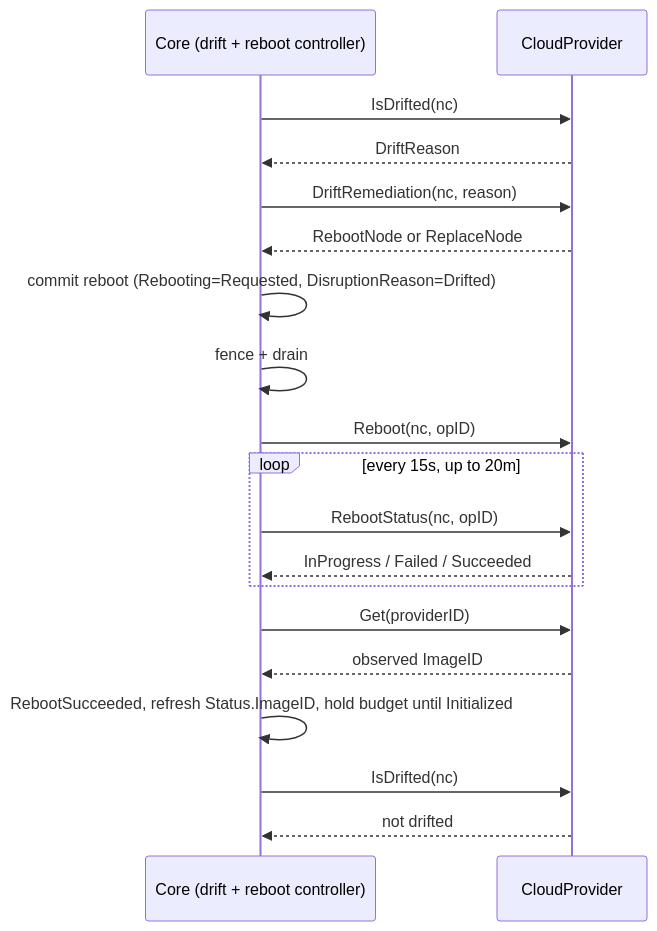
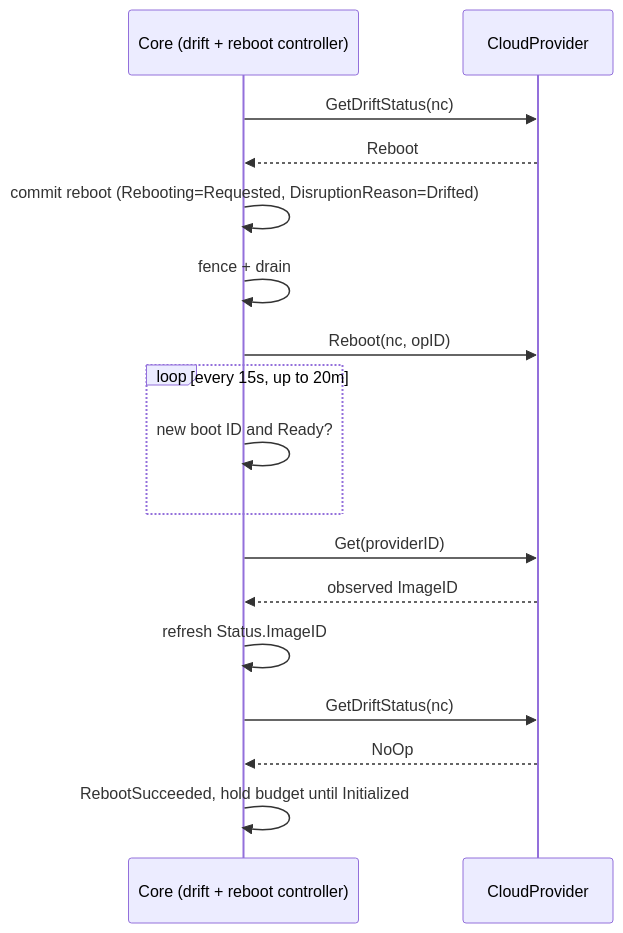
Before and after one commit to kubernetes-sigs/karpenter: the diagram in designs/in-place-drift-remediation.md, drawn with Mermaid. The commit also changed other lines of this file, not shown here.

````diff
--- a/designs/in-place-drift-remediation.md
+++ b/designs/in-place-drift-remediation.md
@@ -55,21 +58,19 @@
 ```mermaid
 sequenceDiagram
     participant Core as Core (drift + reboot controller)
     participant CP as CloudProvider
-    Core->>CP: IsDrifted(nc)
-    CP-->>Core: DriftReason
-    Core->>CP: DriftRemediation(nc, reason)
-    CP-->>Core: RebootNode or ReplaceNode
+    Core->>CP: GetDriftStatus(nc)
+    CP-->>Core: Reboot
     Core->>Core: commit reboot (Rebooting=Requested, DisruptionReason=Drifted)
     Core->>Core: fence + drain
     Core->>CP: Reboot(nc, opID)
     loop every 15s, up to 20m
-        Core->>CP: RebootStatus(nc, opID)
-        CP-->>Core: InProgress / Failed / Succeeded
+        Core->>Core: new boot ID and Ready?
     end
     Core->>CP: Get(providerID)
     CP-->>Core: observed ImageID
-    Core->>Core: RebootSucceeded, refresh Status.ImageID, hold budget until Initialized
-    Core->>CP: IsDrifted(nc)
-    CP-->>Core: not drifted
+    Core->>Core: refresh Status.ImageID
+    Core->>CP: GetDriftStatus(nc)
+    CP-->>Core: NoOp
+    Core->>Core: RebootSucceeded, hold budget until Initialized
 ```
````
